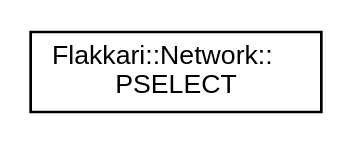
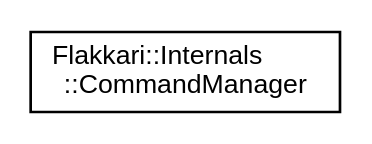
The diagram in inherit_graph_31.dot (MasterLaplace/flakkari), drawn with Graphviz before and after one commit. The commit also changed 456 other files, not shown here.

```diff
--- a/inherit_graph_31.dot
+++ b/inherit_graph_31.dot
@@ -1,8 +1,8 @@
 digraph "Graphical Class Hierarchy"
 {
  // LATEX_PDF_SIZE
   edge [fontname="Helvetica",fontsize="10",labelfontname="Helvetica",labelfontsize="10"];
   node [fontname="Helvetica",fontsize="10",shape=record];
   rankdir="LR";
-  Node0 [label="Flakkari::Network::\lPSELECT",height=0.2,width=0.4,color="black", fillcolor="white", style="filled",URL="$de/d52/classFlakkari_1_1Network_1_1PSELECT.html",tooltip="PSELECT is a class that represents a PSELECT."];
+  Node0 [label="Flakkari::Internals\l::CommandManager",height=0.2,width=0.4,color="black", fillcolor="white", style="filled",URL="$d5/d15/classFlakkari_1_1Internals_1_1CommandManager.html",tooltip=" "];
 }
```
